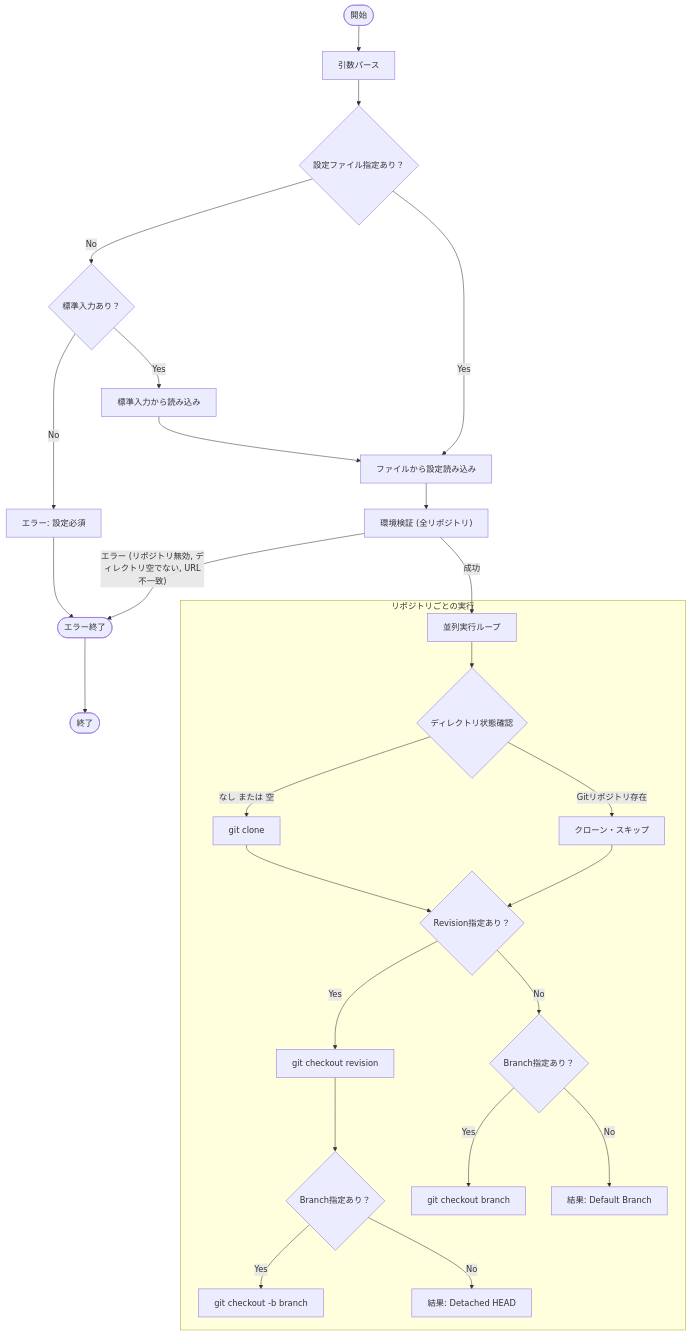
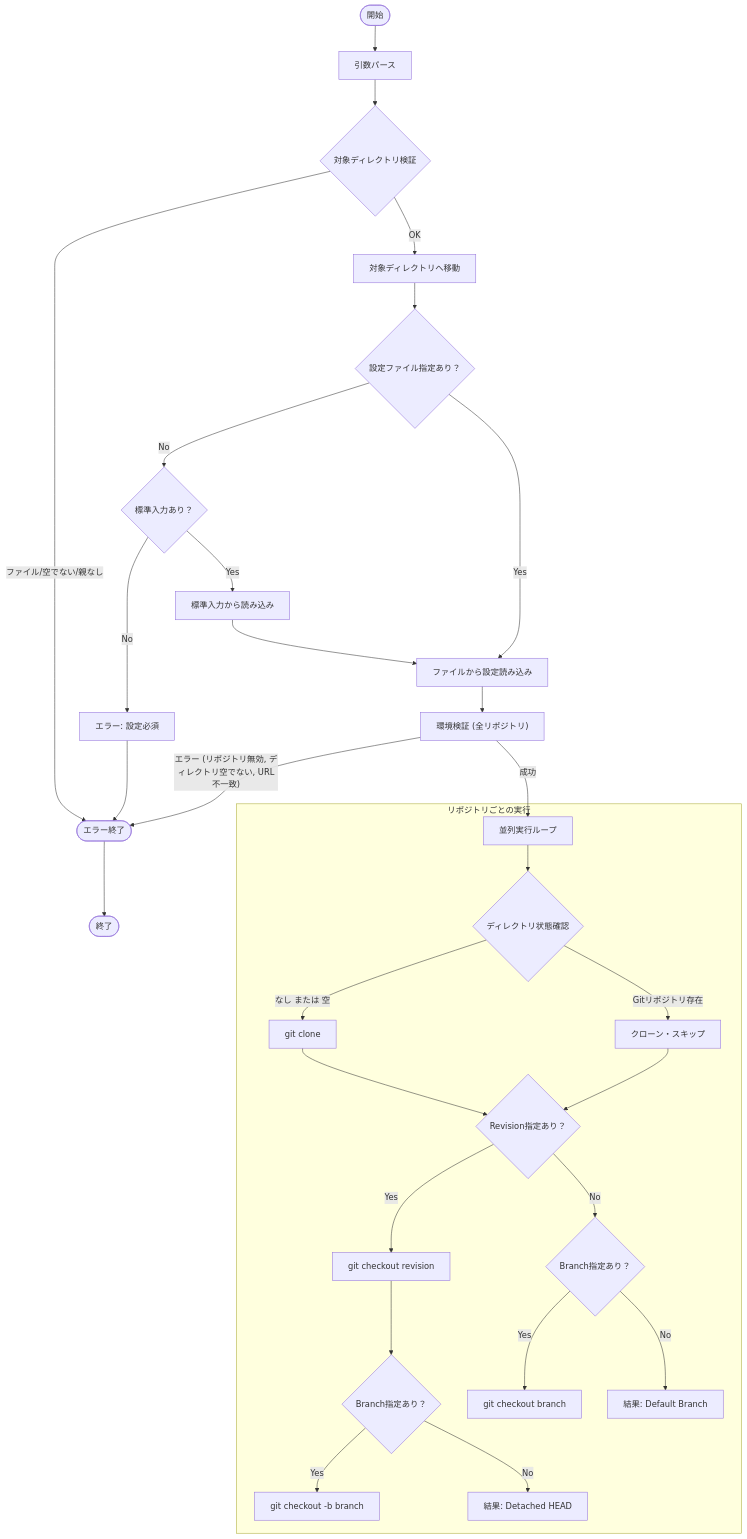
One commit to keiji/mistletoe changed the diagram in docs/internal/app/init.md. Above: the diagram before and after it, drawn with Mermaid. The commit also changed other lines of this file, not shown here.

First line of the commit message:
docs: update init design doc with dest option

````diff
--- a/docs/internal/app/init.md
+++ b/docs/internal/app/init.md
@@ -69,38 +70,43 @@
 ```mermaid
 flowchart TD
     Start(["開始"]) --> ParseArgs["引数パース"]
-    ParseArgs --> CheckFile{"設定ファイル指定あり？"}
+    ParseArgs --> CheckDest{"対象ディレクトリ検証"}
+
+    CheckDest -- "ファイル/空でない/親なし" --> ErrorExit(["エラー終了"])
+    CheckDest -- "OK" --> ChangeDir["対象ディレクトリへ移動"]
+
+    ChangeDir --> CheckFile{"設定ファイル指定あり？"}
     CheckFile -- No --> CheckStdin{"標準入力あり？"}
     CheckStdin -- No --> ErrorFile["エラー: 設定必須"]
     CheckStdin -- Yes --> ReadStdin["標準入力から読み込み"]
     ReadStdin --> LoadConfig
     CheckFile -- Yes --> LoadConfig["ファイルから設定読み込み"]
     LoadConfig --> ValidateEnv["環境検証 (全リポジトリ)"]
 
-    ValidateEnv -- "エラー (リポジトリ無効, ディレクトリ空でない, URL不一致)" --> ErrorExit(["エラー終了"])
+    ValidateEnv -- "エラー (リポジトリ無効, ディレクトリ空でない, URL不一致)" --> ErrorExit
     ValidateEnv -- "成功" --> ExecLoop["並列実行ループ"]
 
     subgraph "リポジトリごとの実行"
         ExecLoop --> CheckState{"ディレクトリ状態確認"}
 
         CheckState -- "なし または 空" --> Clone["git clone"]
         CheckState -- "Gitリポジトリ存在" --> SkipClone["クローン・スキップ"]
 
         Clone --> CheckRev{"Revision指定あり？"}
         SkipClone --> CheckRev
 
         CheckRev -- Yes --> CheckoutRev["git checkout revision"]
         CheckoutRev --> CheckBranchWithRev{"Branch指定あり？"}
 
         CheckBranchWithRev -- Yes --> CreateBranch["git checkout -b branch"]
         CheckBranchWithRev -- No --> Detached["結果: Detached HEAD"]
 
         CheckRev -- No --> CheckBranchOnly{"Branch指定あり？"}
 
         CheckBranchOnly -- Yes --> CheckoutBranch["git checkout branch"]
         CheckBranchOnly -- No --> DefaultBranch["結果: Default Branch"]
     end
 
     ErrorFile --> ErrorExit
     ErrorExit --> Stop(["終了"])
 ```
````
